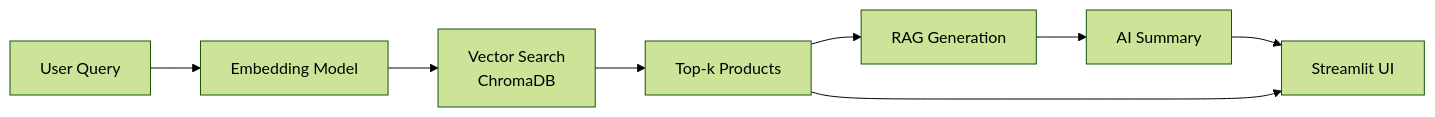
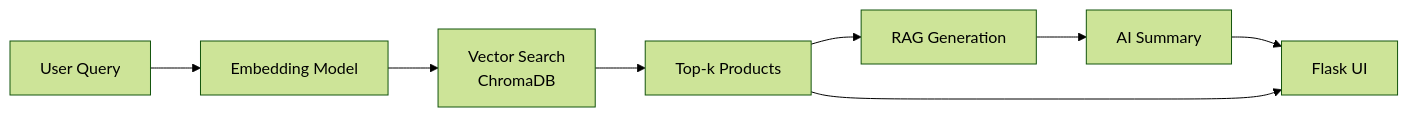
The diagram in README.md (Shivam-Shukl/Amazon-E-commerce-Agent-RAG-Based-AI-Product-Recommender), drawn with Mermaid (forest theme) before and after one commit.

````diff
--- a/README.md
+++ b/README.md
@@ -27,10 +27,10 @@
 ```mermaid
 flowchart LR
     A[User Query] --> B[Embedding Model]
     B --> C[Vector Search<br/>ChromaDB]
     C --> D[Top-k Products]
     D --> E[RAG Generation]
     E --> F[AI Summary]
-    F --> G[Streamlit UI]
+    F --> G[Flask UI]
     D --> G
 ```
````
